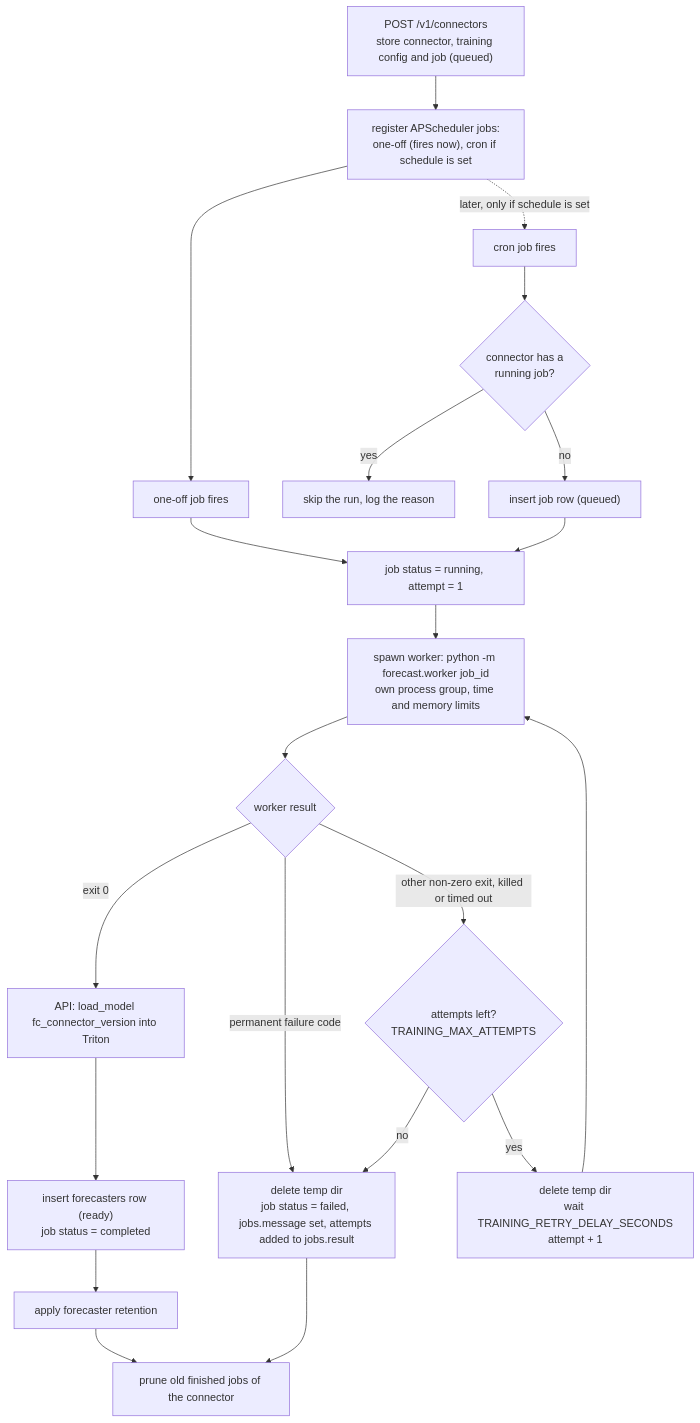
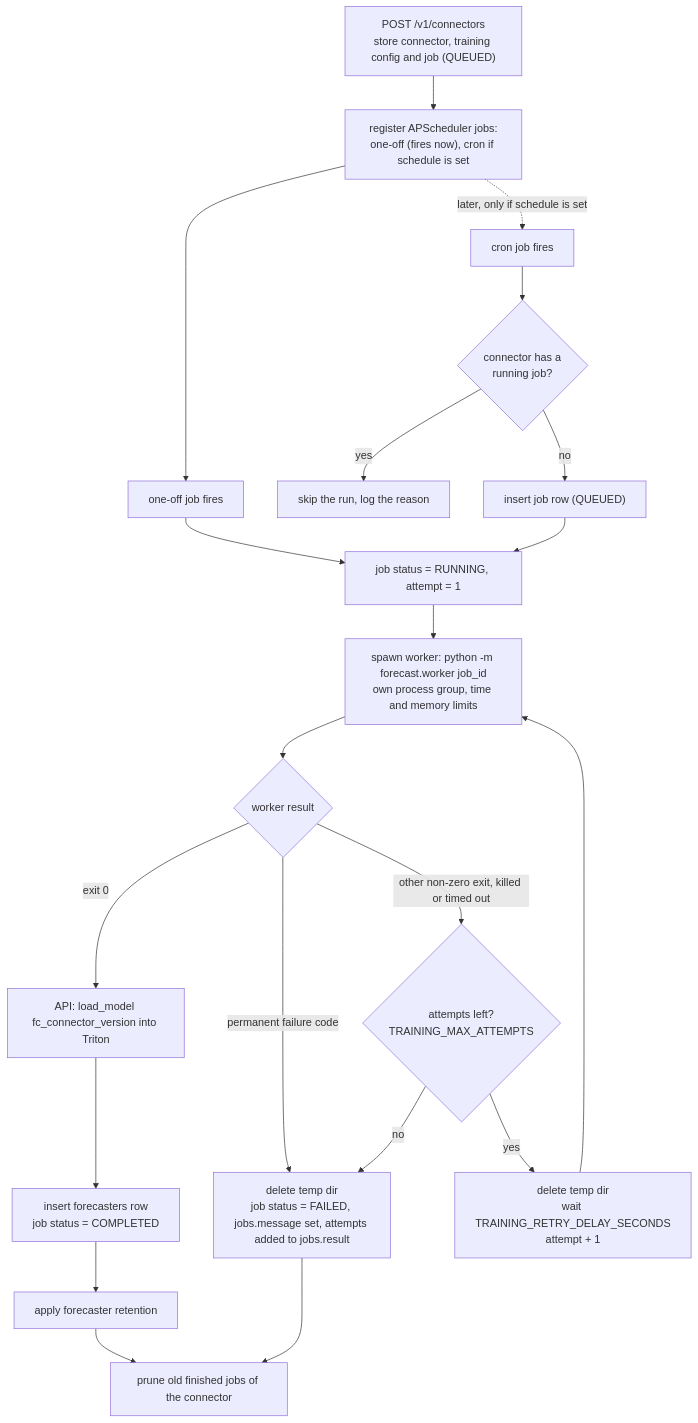
Before and after one commit to IBM/project-ai-services: the first of 4 diagrams in docs/proposals/forecast_service_proposal.md, drawn with Mermaid. The commit also changed other lines of this file and 15 other files, not shown here.

````diff
--- a/docs/proposals/forecast_service_proposal.md
+++ b/docs/proposals/forecast_service_proposal.md
@@ -107,27 +107,27 @@
 ```mermaid
 flowchart TD
-    POST["POST /v1/connectors<br/>store connector, training config and job (queued)"] --> REG["register APScheduler jobs:<br/>one-off (fires now), cron if schedule is set"]
+    POST["POST /v1/connectors<br/>store connector, training config and job (QUEUED)"] --> REG["register APScheduler jobs:<br/>one-off (fires now), cron if schedule is set"]
     REG --> ONE["one-off job fires"]
     REG -.->|"later, only if schedule is set"| CRON["cron job fires"]
 
     CRON --> ACTIVE{"connector has a<br/>running job?"}
     ACTIVE -- yes --> SKIP["skip the run, log the reason"]
-    ACTIVE -- no --> INS["insert job row (queued)"]
+    ACTIVE -- no --> INS["insert job row (QUEUED)"]
 
     ONE --> RUN
-    INS --> RUN["job status = running, attempt = 1"]
+    INS --> RUN["job status = RUNNING, attempt = 1"]
     RUN --> SPAWN["spawn worker: python -m forecast.worker job_id<br/>own process group, time and memory limits"]
     SPAWN --> EXIT{"worker result"}
 
     EXIT -- "exit 0" --> LOAD["API: load_model fc_connector_version into Triton"]
-    LOAD --> REC["insert forecasters row (ready)<br/>job status = completed"]
+    LOAD --> REC["insert forecasters row<br/>job status = COMPLETED"]
     REC --> RET["apply forecaster retention"]
     RET --> PRUNE
 
     EXIT -- "permanent failure code" --> FAIL
     EXIT -- "other non-zero exit, killed or timed out" --> MORE{"attempts left?<br/>TRAINING_MAX_ATTEMPTS"}
     MORE -- yes --> WAIT["delete temp dir<br/>wait TRAINING_RETRY_DELAY_SECONDS<br/>attempt + 1"]
     WAIT --> SPAWN
-    MORE -- no --> FAIL["delete temp dir<br/>job status = failed, jobs.message set, attempts added to jobs.result"]
+    MORE -- no --> FAIL["delete temp dir<br/>job status = FAILED, jobs.message set, attempts added to jobs.result"]
     FAIL --> PRUNE["prune old finished jobs of the connector"]
 ```
````
